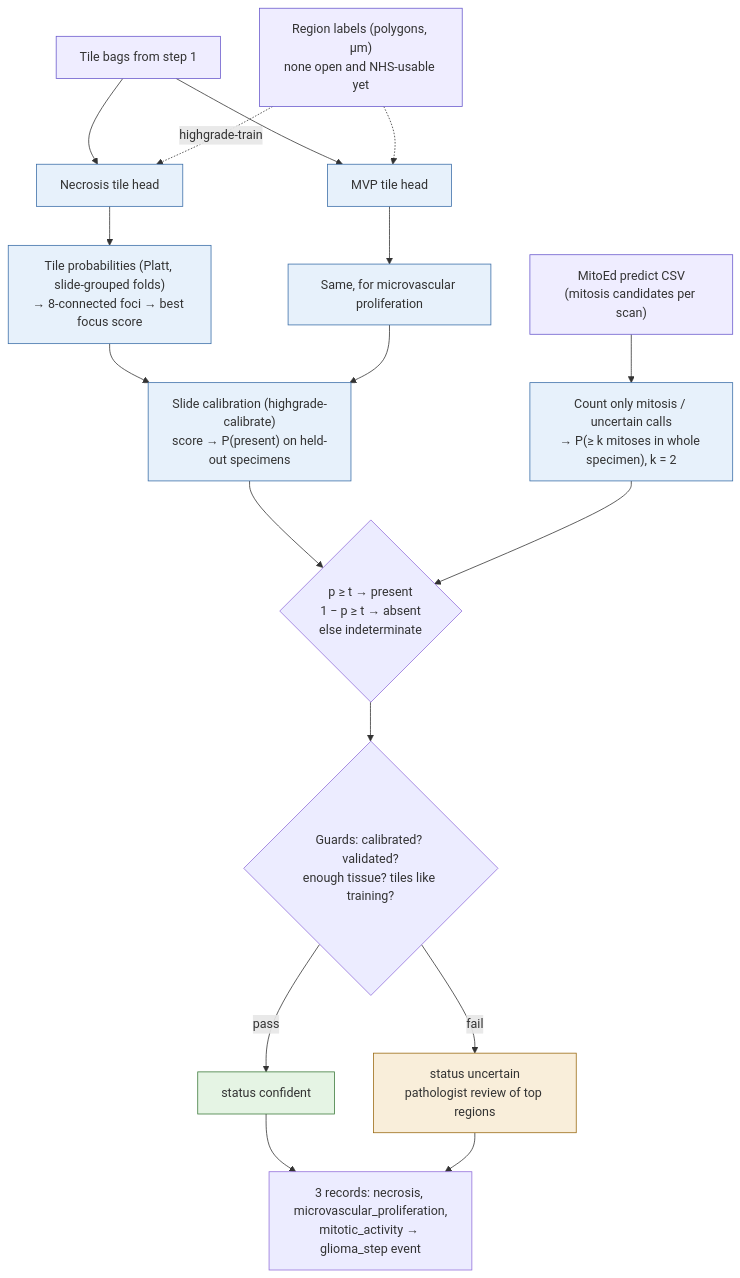
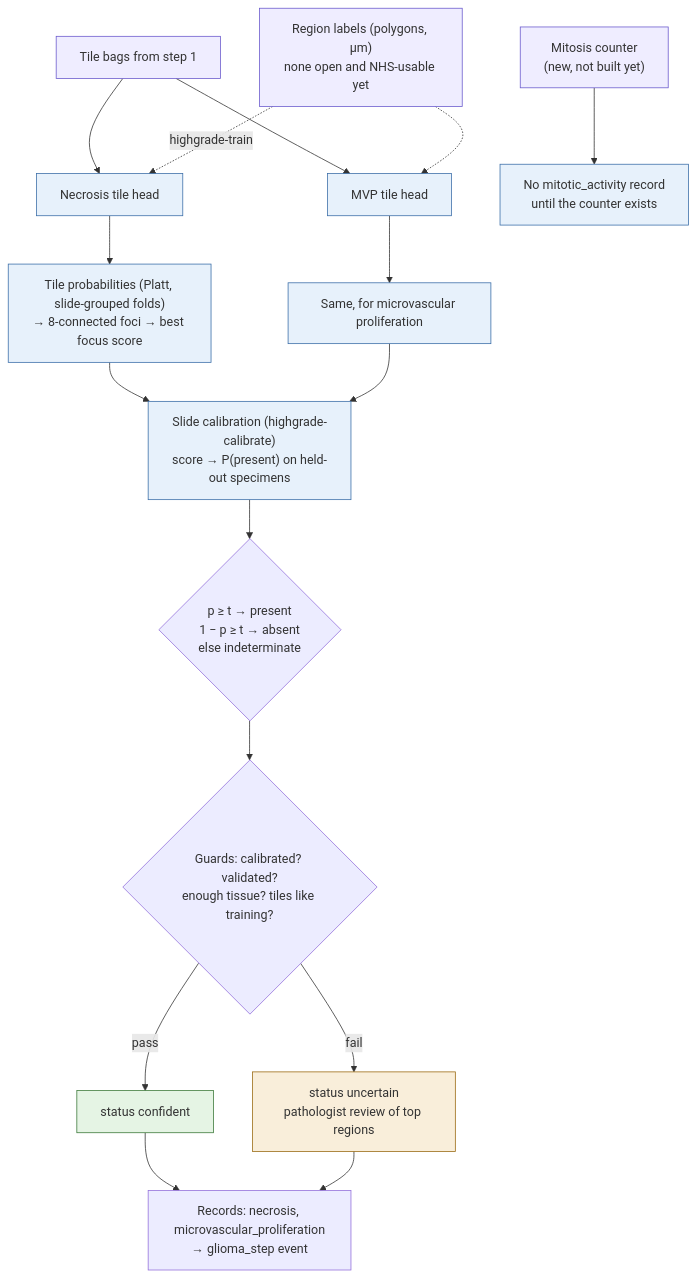
Before and after one commit to alhafidzhamdan/entip: the diagram in docs/glioma-workflow/diagrams/3-highgrade.mmd, drawn with Mermaid. The commit also changed 37 other files, not shown here.

Commit message:
Remove MitoEd, redefine step 3c as a count-only design and register mitosis datasets

```diff
--- a/docs/glioma-workflow/diagrams/3-highgrade.mmd
+++ b/docs/glioma-workflow/diagrams/3-highgrade.mmd
@@ -1,26 +1,25 @@
 flowchart TB
   BAG["Tile bags from step 1"] --> NH["Necrosis tile head"]
   BAG --> MH["MVP tile head"]
   NH --> F1["Tile probabilities (Platt, slide-grouped folds)<br/>→ 8-connected foci → best focus score"]
   MH --> F2["Same, for microvascular proliferation"]
   F1 --> SC["Slide calibration (highgrade-calibrate)<br/>score → P(present) on held-out specimens"]
   F2 --> SC
-  MIT["MitoEd predict CSV<br/>(mitosis candidates per scan)"] --> CNT["Count only mitosis / uncertain calls<br/>→ P(≥ k mitoses in whole specimen), k = 2"]
+  MIT["Mitosis counter<br/>(new, not built yet)"] --> CNT["No mitotic_activity record<br/>until the counter exists"]
   SC --> CALL{"p ≥ t → present<br/>1 − p ≥ t → absent<br/>else indeterminate"}
-  CNT --> CALL
   CALL --> GU{"Guards: calibrated? validated?<br/>enough tissue? tiles like training?"}
   GU -->|pass| OK["status confident"]
   GU -->|fail| RV["status uncertain<br/>pathologist review of top regions"]
-  OK --> OUT["3 records: necrosis, microvascular_proliferation,<br/>mitotic_activity → glioma_step event"]
+  OK --> OUT["Records: necrosis, microvascular_proliferation<br/>→ glioma_step event"]
   RV --> OUT
   LBL["Region labels (polygons, µm)<br/>none open and NHS-usable yet"] -.->|highgrade-train| NH
   LBL -.-> MH
 
   classDef ok fill:#e5f4e4,stroke:#3c7a3a;
   classDef unsure fill:#f9eeda,stroke:#9a6a12;
   classDef model fill:#e7f1fb,stroke:#3b6ea8;
   classDef data fill:#efedff,stroke:#6a5acd;
   class OK ok;
   class RV unsure;
   class NH,MH,F1,F2,SC,CNT model;
   class BAG,MIT,LBL data;
```
